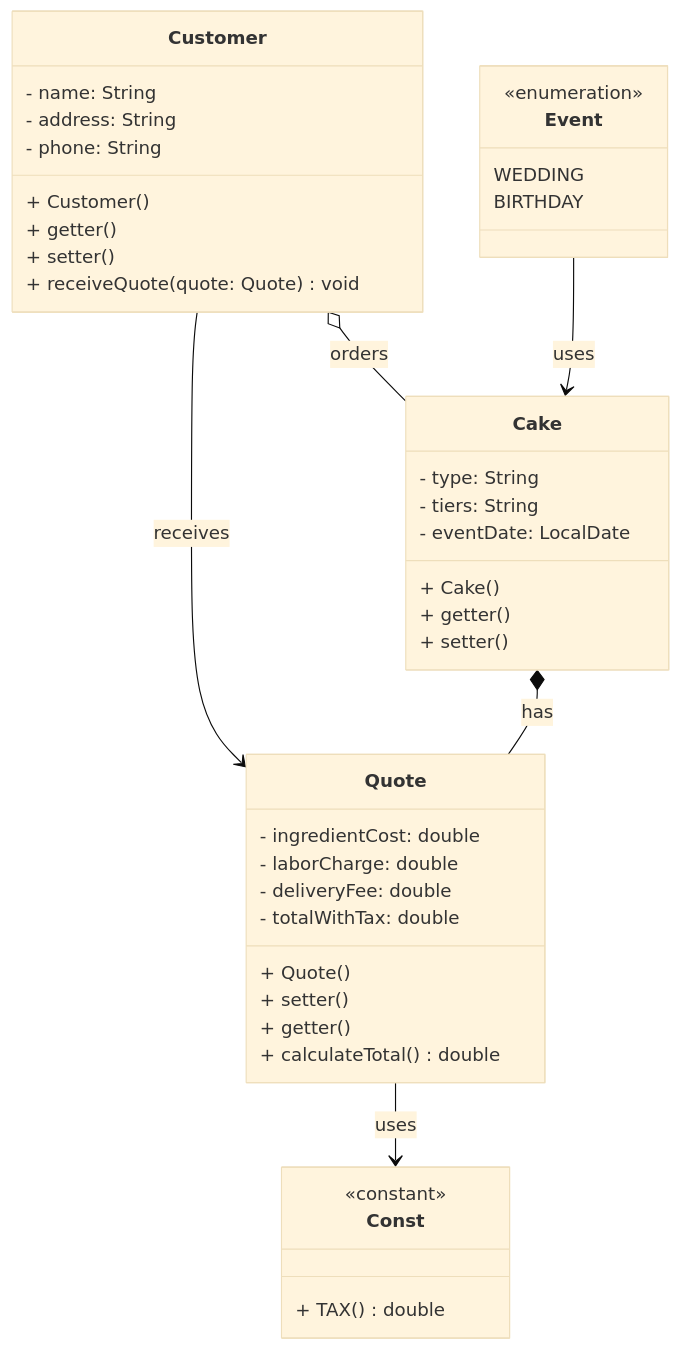
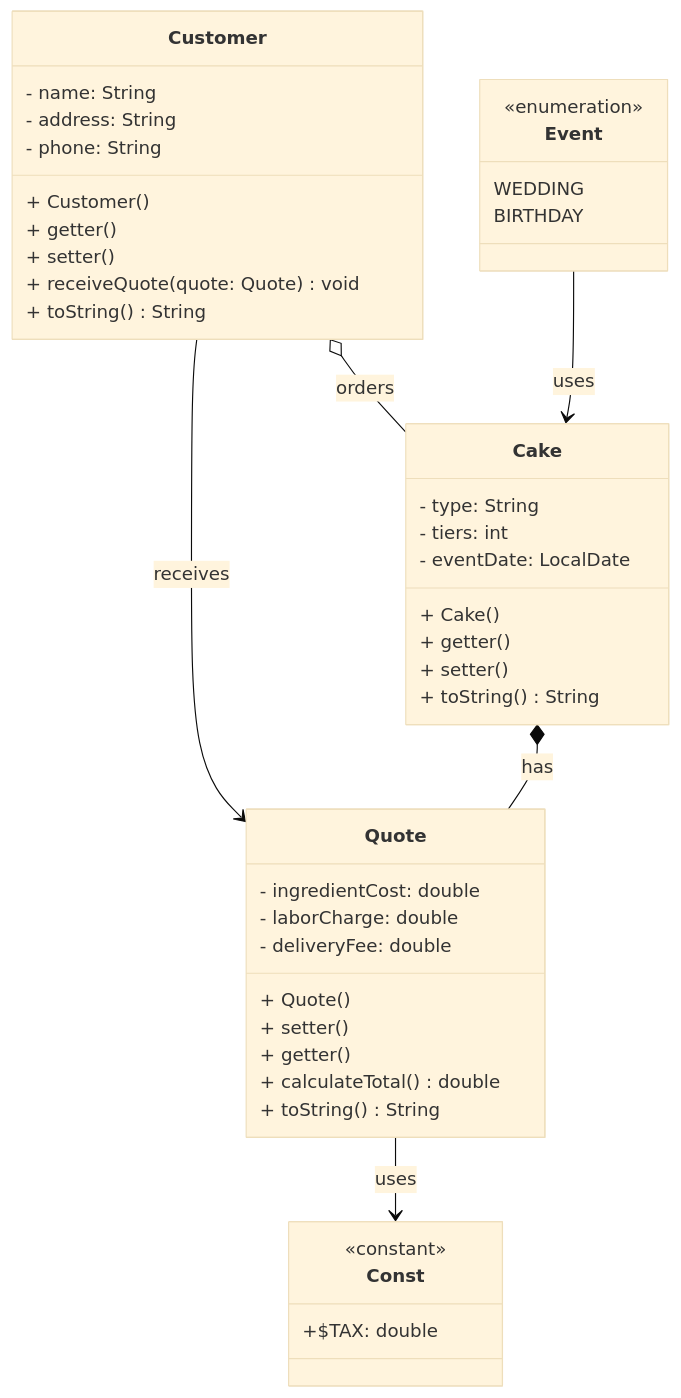
One commit to ngsang149dev/CIT-EIU changed the diagram in CSE203/Lab1/Problem2/Bakery.mmd. Above: the diagram before and after it, drawn with Mermaid (base theme). The commit also changed 5 other files, not shown here.

```diff
--- a/CSE203/Lab1/Problem2/Bakery.mmd
+++ b/CSE203/Lab1/Problem2/Bakery.mmd
@@ -1,48 +1,50 @@
 classDiagram
     class Customer {
         - name: String
         - address: String
         - phone: String
         + Customer()
         + getter()
         + setter()
         + receiveQuote(quote: Quote) void  
+        + toString() String
     }
 
     class Cake {
         - type: String
-        - tiers: String
+        - tiers: int
         - eventDate: LocalDate
 
         + Cake()
         + getter()
         + setter()
+        + toString() String
     }
 
     class Quote {
         - ingredientCost: double
         - laborCharge: double
         - deliveryFee: double
-        - totalWithTax: double
         + Quote()
         + setter()
         + getter()
         + calculateTotal() double
+        + toString() String
     }
 
     class Const {
         <<constant>>
-        + TAX() double
+        +$TAX: double 
     }
 
     class Event {
         <<enumeration>>
         WEDDING
         BIRTHDAY
     }
 
     Customer --> Quote: receives
     Customer o-- Cake: orders
     Event --> Cake: uses
     Cake *-- Quote: has
     Quote --> Const: uses
```
